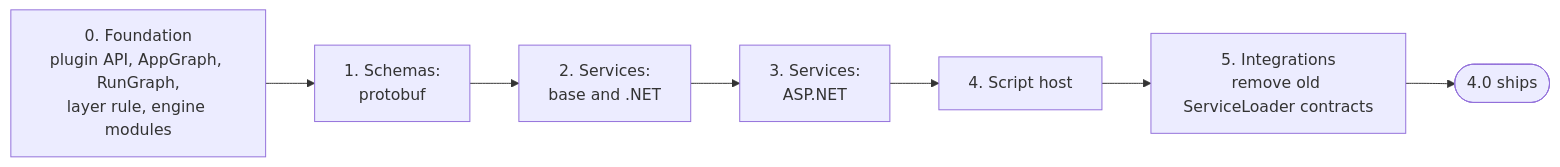
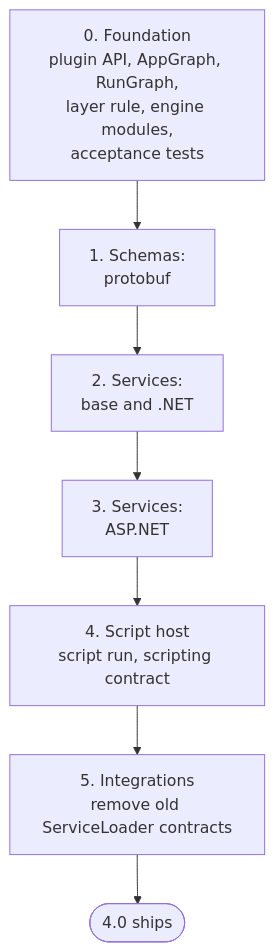
Diagram 16 of 17 in docs/design/v4-dependency-injection.md (LMLiam/microsmith), drawn with Mermaid before and after one commit. The commit also changed other lines of this file, not shown here.

````diff
--- a/docs/design/v4-dependency-injection.md
+++ b/docs/design/v4-dependency-injection.md
@@ -490,11 +986,11 @@
 ```mermaid
-flowchart LR
-    S0["0. Foundation<br/>plugin API, AppGraph, RunGraph,<br/>layer rule, engine modules"]
+flowchart TB
+    S0["0. Foundation<br/>plugin API, AppGraph, RunGraph,<br/>layer rule, engine modules,<br/>acceptance tests"]
     S1["1. Schemas:<br/>protobuf"]
     S2["2. Services:<br/>base and .NET"]
     S3["3. Services:<br/>ASP.NET"]
-    S4["4. Script host"]
+    S4["4. Script host<br/>script run, scripting contract"]
     S5["5. Integrations<br/>remove old ServiceLoader contracts"]
     Ship(["4.0 ships"])
     S0 --> S1 --> S2 --> S3 --> S4 --> S5 --> Ship
 ```
````
